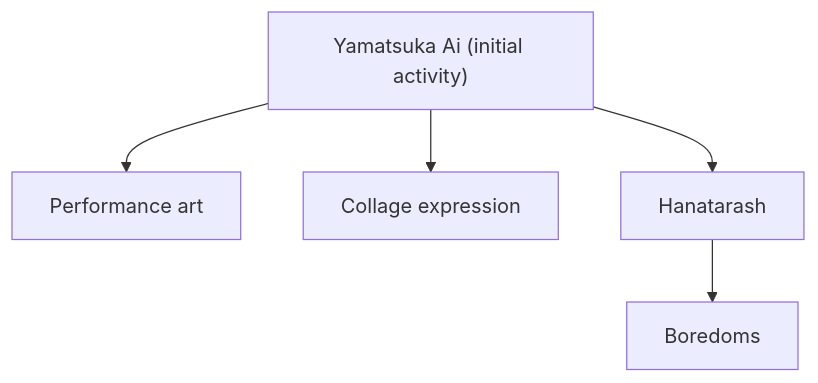
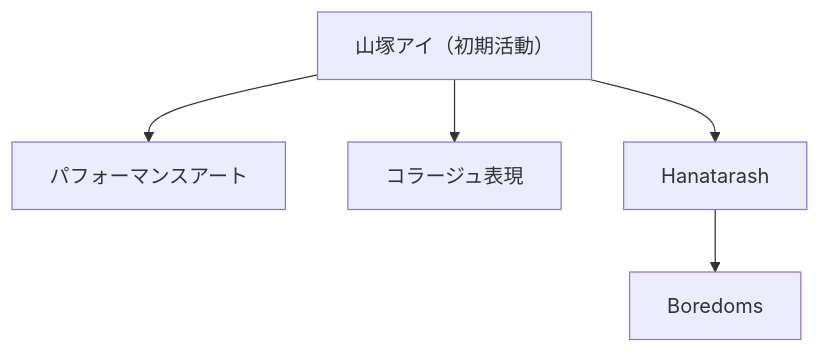
The first of 6 diagrams in en/_posts/2025-12-05-column-boredoms.md (monumental-movement/monumental-movement.github.io), drawn with Mermaid before and after one commit. The commit also changed other lines of this file and 775 other files, not shown here.

```diff
--- a/en/_posts/2025-12-05-column-boredoms.md
+++ b/en/_posts/2025-12-05-column-boredoms.md
@@ -52,7 +51,7 @@
 <div class="mermaid">
 flowchart TD
-    A["Yamatsuka Ai (initial activity)"] --> B["Performance art"]
-    A --> C["Collage expression"]
+    A["山塚アイ（初期活動）"] --> B["パフォーマンスアート"]
+    A --> C["コラージュ表現"]
     A --> D["Hanatarash"]
     D --> E["Boredoms"]
 </div>
```
